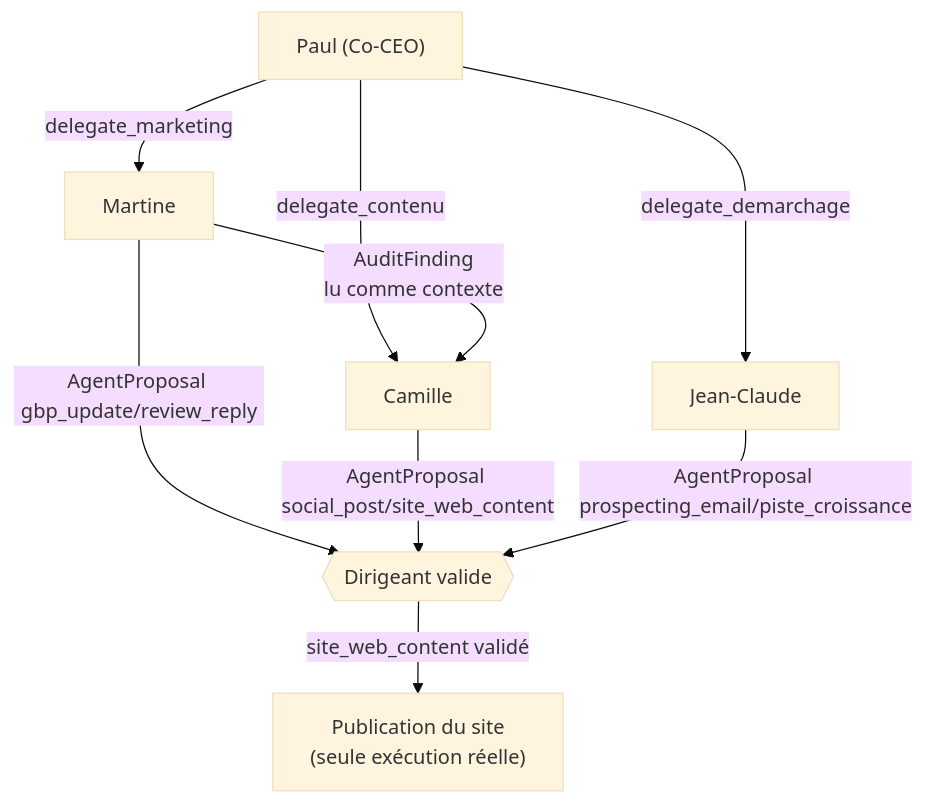
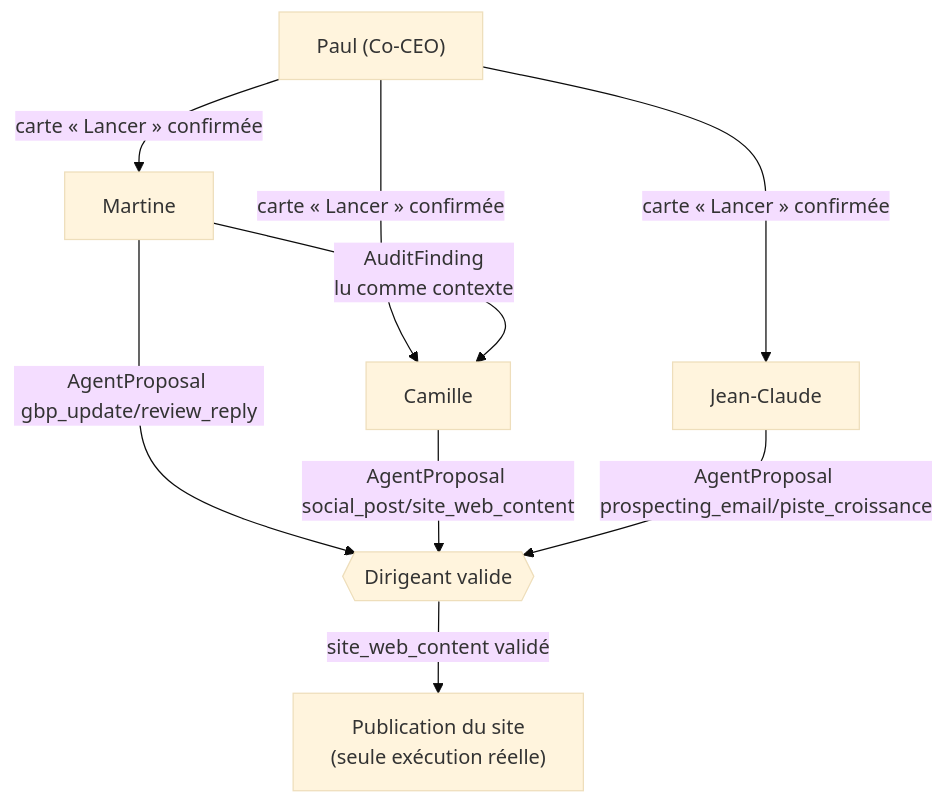
The second of 5 diagrams in docs/architecture.md (groupebienoubien/BienDecider), drawn with Mermaid (base theme) before and after one commit. The commit also changed other lines of this file and 32 other files, not shown here.

````diff
--- a/docs/architecture.md
+++ b/docs/architecture.md
@@ -53,12 +53,12 @@
 ```mermaid
 flowchart TD
     Paul["Paul (Co-CEO)"]
-    Paul -->|delegate_marketing| Martine
-    Paul -->|delegate_contenu| Camille
-    Paul -->|delegate_demarchage| JC["Jean-Claude"]
+    Paul -->|carte « Lancer » confirmée| Martine
+    Paul -->|carte « Lancer » confirmée| Camille
+    Paul -->|carte « Lancer » confirmée| JC["Jean-Claude"]
     Martine -->|AuditFinding<br/>lu comme contexte| Camille
     Martine -->|AgentProposal gbp_update/review_reply| Validation{{Dirigeant valide}}
     Camille -->|AgentProposal social_post/site_web_content| Validation
     JC -->|AgentProposal prospecting_email/piste_croissance| Validation
     Validation -->|site_web_content validé| Publish["Publication du site<br/>(seule exécution réelle)"]
 ```
````
